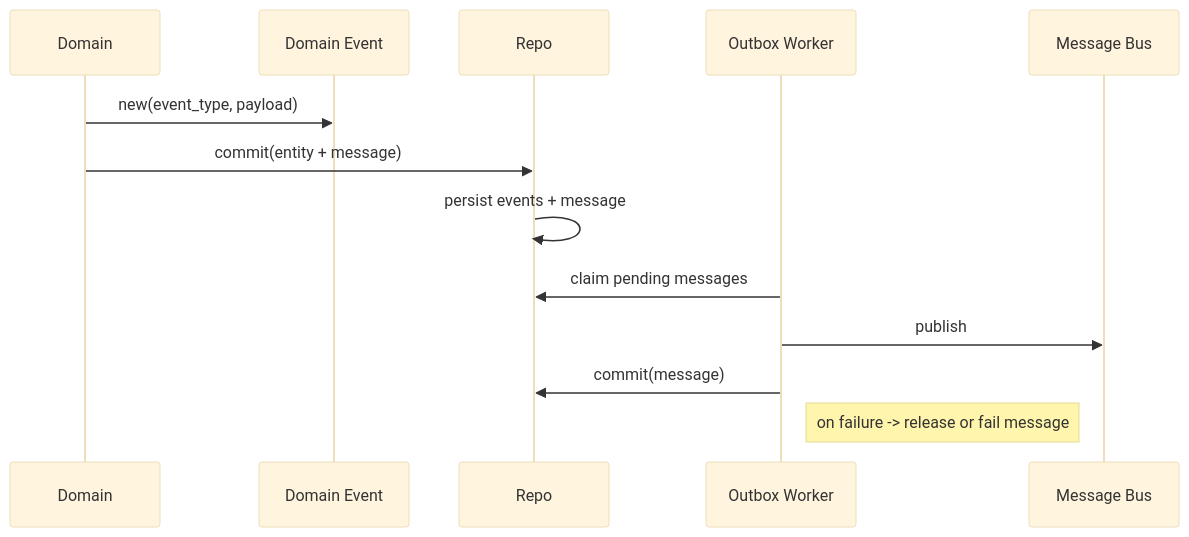
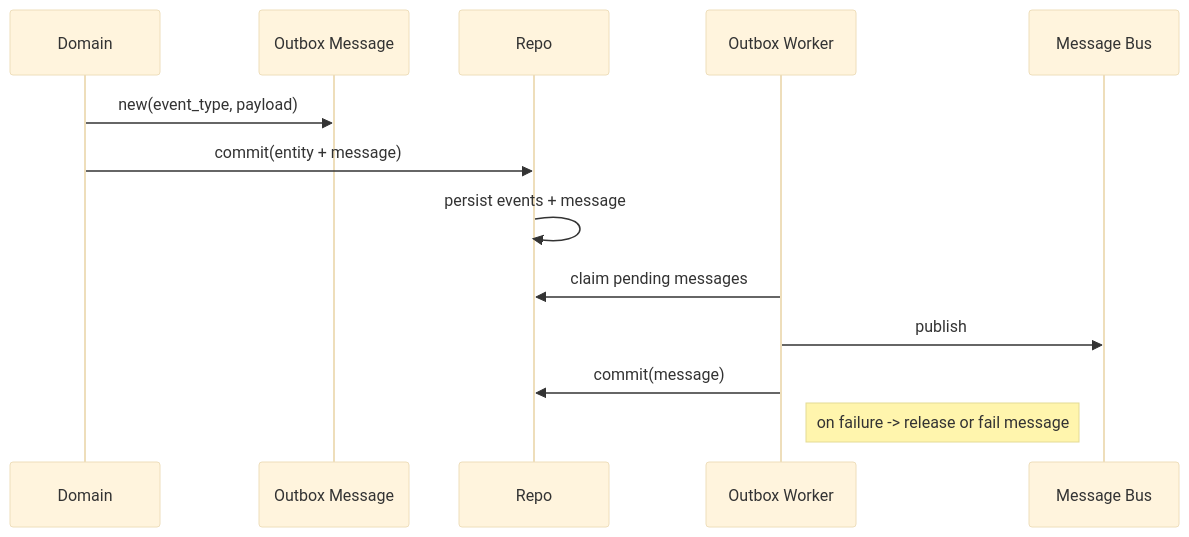
The third of 5 diagrams in README.md (patrickleet/sourced_rust), drawn with Mermaid (base theme) before and after one commit. The commit also changed other lines of this file and 7 other files, not shown here.

````diff
--- a/README.md
+++ b/README.md
@@ -184,15 +185,15 @@
 ```mermaid
 sequenceDiagram
     participant Domain
-    participant Msg as Domain Event
+    participant Msg as Outbox Message
     participant Repo
     participant Worker as Outbox Worker
     participant Bus as Message Bus
     Domain->>Msg: new(event_type, payload)
     Domain->>Repo: commit(entity + message)
     Repo->>Repo: persist events + message
     Worker->>Repo: claim pending messages
     Worker->>Bus: publish
     Worker->>Repo: commit(message)
     Note right of Worker: on failure -> release or fail message
 ```
````
